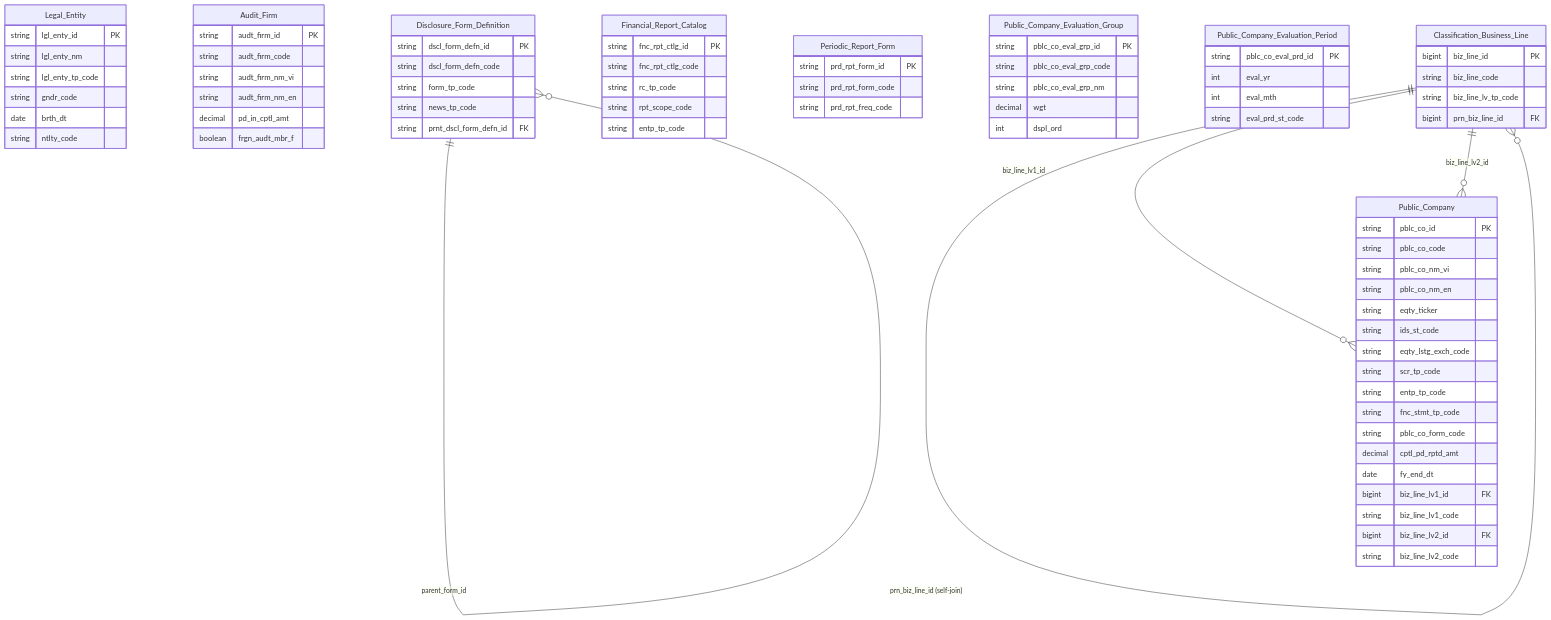
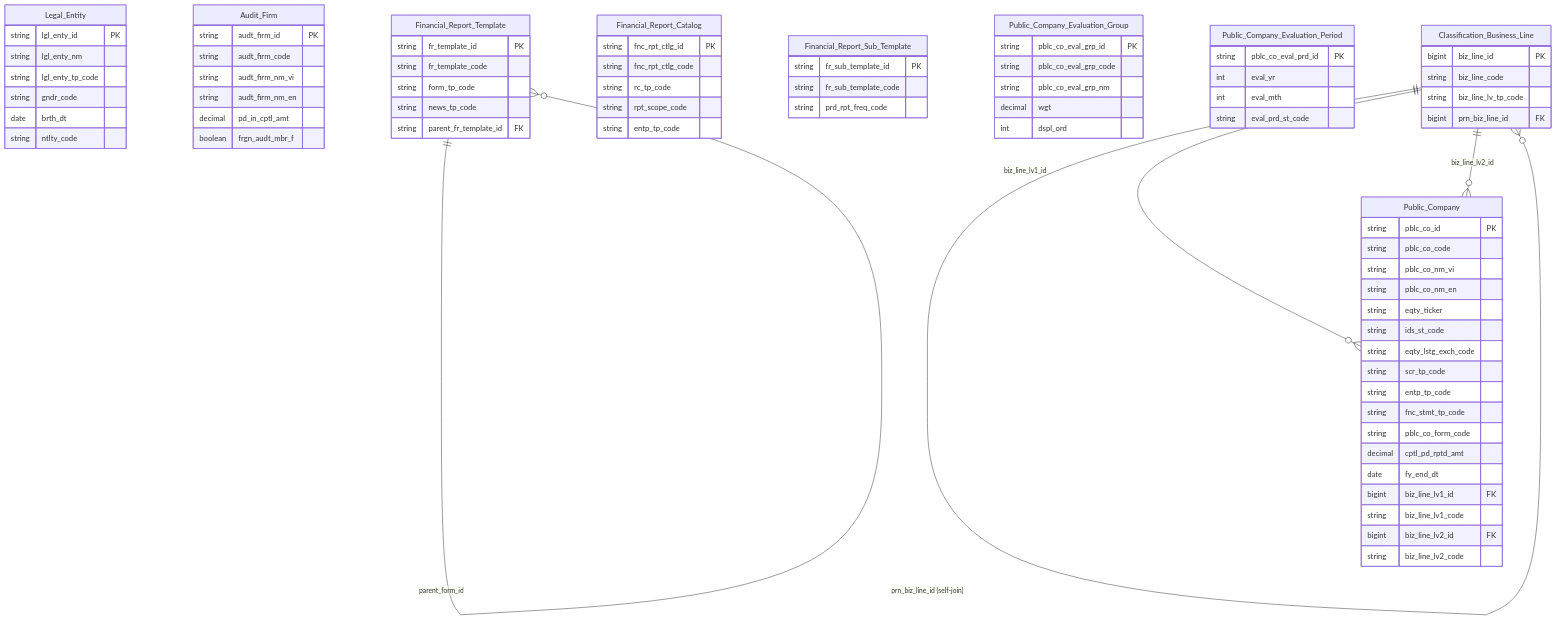
One commit to linhlvit/ubck_atomic_design changed the second of 2 diagrams in DataModel/working/Atomic/hld/IDS_HLD_Tier1.md. Above: the diagram before and after it, drawn with Mermaid. The commit also changed other lines of this file and 131 other files, not shown here.

```diff
--- a/DataModel/working/Atomic/hld/IDS_HLD_Tier1.md
+++ b/DataModel/working/Atomic/hld/IDS_HLD_Tier1.md
@@ -163,12 +163,12 @@
         boolean frgn_audt_mbr_f
     }
 
-    Disclosure_Form_Definition {
-        string dscl_form_defn_id PK
-        string dscl_form_defn_code
+    Financial_Report_Template {
+        string fr_template_id PK
+        string fr_template_code
         string form_tp_code
         string news_tp_code
-        string prnt_dscl_form_defn_id FK
+        string parent_fr_template_id FK
     }
 
     Financial_Report_Catalog {
@@ -179,9 +179,9 @@
         string entp_tp_code
     }
 
-    Periodic_Report_Form {
-        string prd_rpt_form_id PK
-        string prd_rpt_form_code
+    Financial_Report_Sub_Template {
+        string fr_sub_template_id PK
+        string fr_sub_template_code
         string prd_rpt_freq_code
     }
 
@@ -207,7 +207,7 @@
         bigint prn_biz_line_id FK
     }
 
-    Disclosure_Form_Definition ||--o{ Disclosure_Form_Definition : "parent_form_id"
+    Financial_Report_Template ||--o{ Financial_Report_Template : "parent_form_id"
     Classification_Business_Line ||--o{ Classification_Business_Line : "prn_biz_line_id (self-join)"
     Classification_Business_Line ||--o{ Public_Company : "biz_line_lv1_id"
     Classification_Business_Line ||--o{ Public_Company : "biz_line_lv2_id"
```
